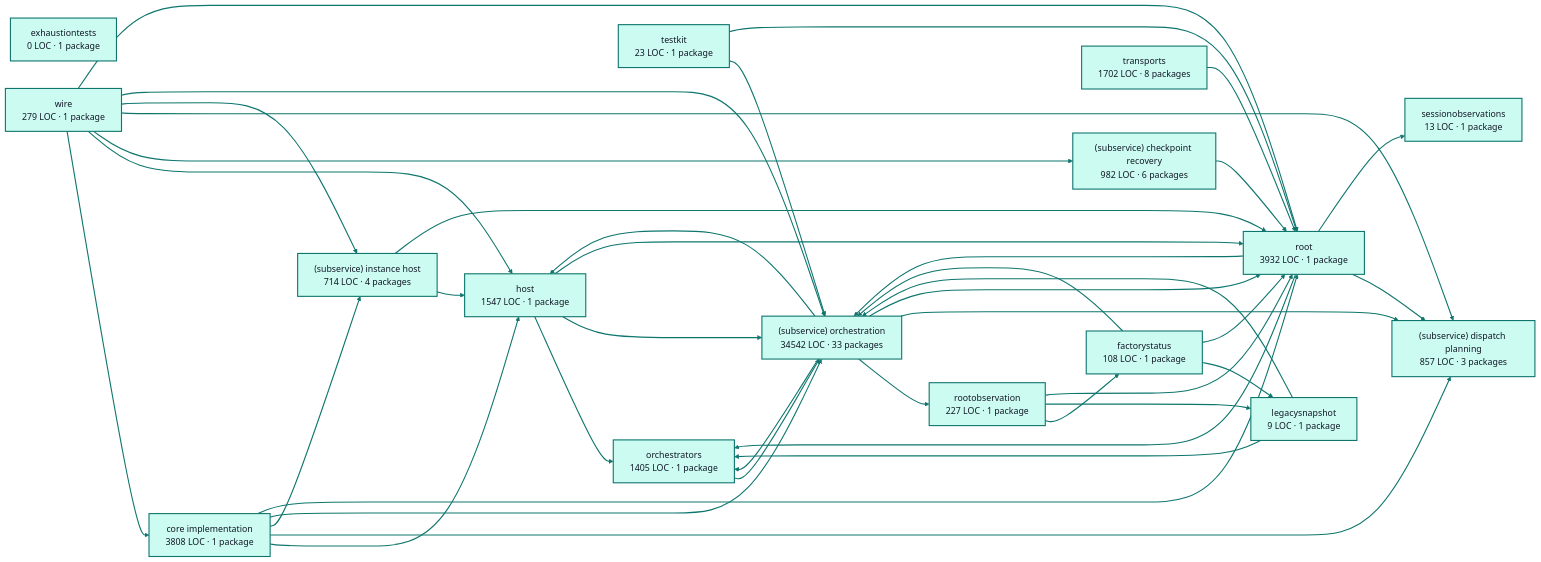
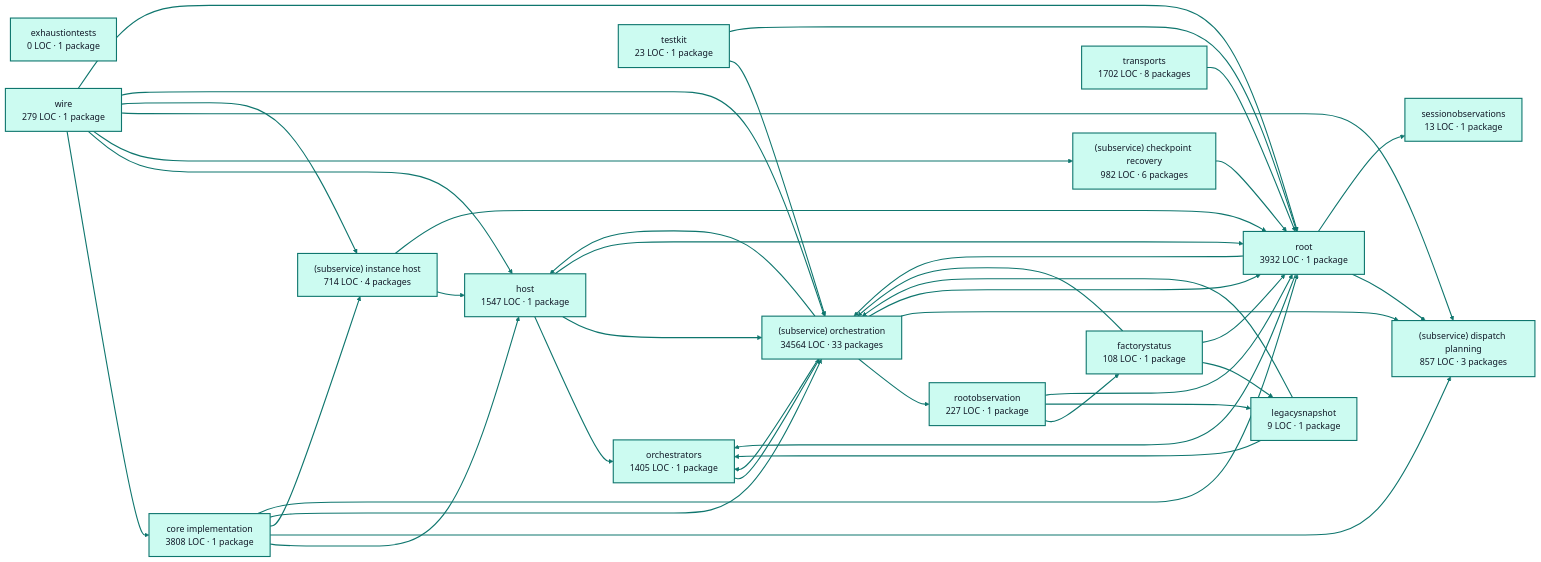
Before and after one commit to portpowered/you-agent-factory: the diagram in docs/architecture/visualizations/services/factory_runtime.md, drawn with Mermaid (forest theme). The commit also changed other lines of this file and 20 other files, not shown here.

Commit message:
docs: refresh backend architecture visualizations

````diff
--- a/docs/architecture/visualizations/services/factory_runtime.md
+++ b/docs/architecture/visualizations/services/factory_runtime.md
@@ -11,75 +11,75 @@
 ```mermaid
 flowchart LR
   p0["core implementation<br/>3808 LOC · 1 package"]
   p1["exhaustiontests<br/>0 LOC · 1 package"]
   p2["factorystatus<br/>108 LOC · 1 package"]
   p3["host<br/>1547 LOC · 1 package"]
   p4["legacysnapshot<br/>9 LOC · 1 package"]
   p5["orchestrators<br/>1405 LOC · 1 package"]
   p6["rootobservation<br/>227 LOC · 1 package"]
   p7["(subservice) checkpoint recovery<br/>982 LOC · 6 packages"]
   p8["(subservice) dispatch planning<br/>857 LOC · 3 packages"]
   p9["(subservice) instance host<br/>714 LOC · 4 packages"]
-  p10["(subservice) orchestration<br/>34542 LOC · 33 packages"]
+  p10["(subservice) orchestration<br/>34564 LOC · 33 packages"]
   p11["sessionobservations<br/>13 LOC · 1 package"]
   p12["testkit<br/>23 LOC · 1 package"]
   p13["root<br/>3932 LOC · 1 package"]
   p14["transports<br/>1702 LOC · 8 packages"]
   p15["wire<br/>279 LOC · 1 package"]
   p0 --> p3
   p0 --> p8
   p0 --> p9
   p0 --> p10
   p0 --> p13
   p2 --> p4
   p2 --> p10
   p2 --> p13
   p3 --> p5
   p3 --> p10
   p3 --> p13
   p4 --> p5
   p4 --> p10
   p5 --> p10
   p6 --> p2
   p6 --> p4
   p6 --> p13
   p7 --> p13
   p9 --> p3
   p9 --> p13
   p10 --> p3
   p10 --> p5
   p10 --> p6
   p10 --> p8
   p10 --> p13
   p12 --> p10
   p12 --> p13
   p13 --> p5
   p13 --> p8
   p13 --> p10
   p13 --> p11
   p14 --> p13
   p15 --> p0
   p15 --> p3
   p15 --> p7
   p15 --> p8
   p15 --> p9
   p15 --> p10
   p15 --> p13
   style p0 fill:#ccfbf1,stroke:#0f766e,stroke-width:2px,color:#111827
   style p1 fill:#ccfbf1,stroke:#0f766e,stroke-width:2px,color:#111827
   style p2 fill:#ccfbf1,stroke:#0f766e,stroke-width:2px,color:#111827
   style p3 fill:#ccfbf1,stroke:#0f766e,stroke-width:2px,color:#111827
   style p4 fill:#ccfbf1,stroke:#0f766e,stroke-width:2px,color:#111827
   style p5 fill:#ccfbf1,stroke:#0f766e,stroke-width:2px,color:#111827
   style p6 fill:#ccfbf1,stroke:#0f766e,stroke-width:2px,color:#111827
   style p7 fill:#ccfbf1,stroke:#0f766e,stroke-width:2px,color:#111827
   style p8 fill:#ccfbf1,stroke:#0f766e,stroke-width:2px,color:#111827
   style p9 fill:#ccfbf1,stroke:#0f766e,stroke-width:2px,color:#111827
   style p10 fill:#ccfbf1,stroke:#0f766e,stroke-width:2px,color:#111827
   style p11 fill:#ccfbf1,stroke:#0f766e,stroke-width:2px,color:#111827
   style p12 fill:#ccfbf1,stroke:#0f766e,stroke-width:2px,color:#111827
   style p13 fill:#ccfbf1,stroke:#0f766e,stroke-width:2px,color:#111827
   style p14 fill:#ccfbf1,stroke:#0f766e,stroke-width:2px,color:#111827
   style p15 fill:#ccfbf1,stroke:#0f766e,stroke-width:2px,color:#111827
   linkStyle default stroke:#0f766e,stroke-width:2px
 ```
````
